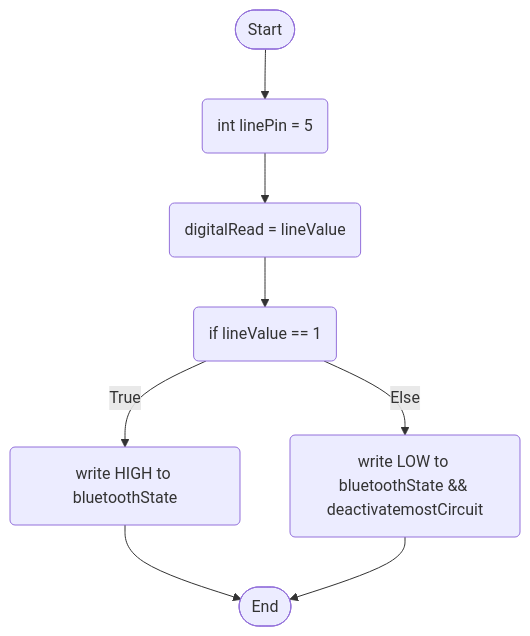
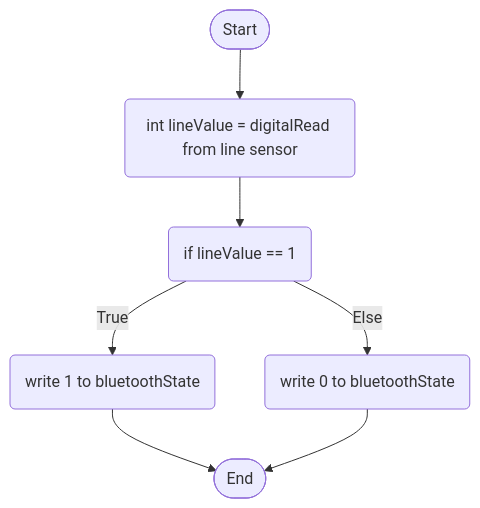
One commit to 4060269/SmartWorkstationAssessment3 changed the diagram in Flowcharts/lineLogic.md. Above: the diagram before and after it, drawn with Mermaid. The commit also changed other lines of this file, not shown here.

````diff
--- a/Flowcharts/lineLogic.md
+++ b/Flowcharts/lineLogic.md
@@ -4,18 +4,16 @@
 ```mermaid
 flowchart TD
 terminalStart([Start])
 terminalEnd([End])
-setLinePin(int linePin = 5)
-currentValue(digitalRead = lineValue)
+setlineValue(int lineValue = digitalRead from line sensor)
 activateLine0(if lineValue == 1)
-activateLine1(write HIGH to bluetoothState)
-activateLine2(write LOW to bluetoothState && deactivatemostCircuit)
+activateLine1(write 1 to bluetoothState)
+activateLine2(write 0 to bluetoothState)
 
-terminalStart --> setLinePin
-setLinePin --> currentValue
-currentValue --> activateLine0
+terminalStart --> setlineValue
+setlineValue --> activateLine0
 activateLine0 --> |True| activateLine1
 activateLine0 --> |Else| activateLine2
 activateLine1 --> terminalEnd
 activateLine2 --> terminalEnd
 ```
````
